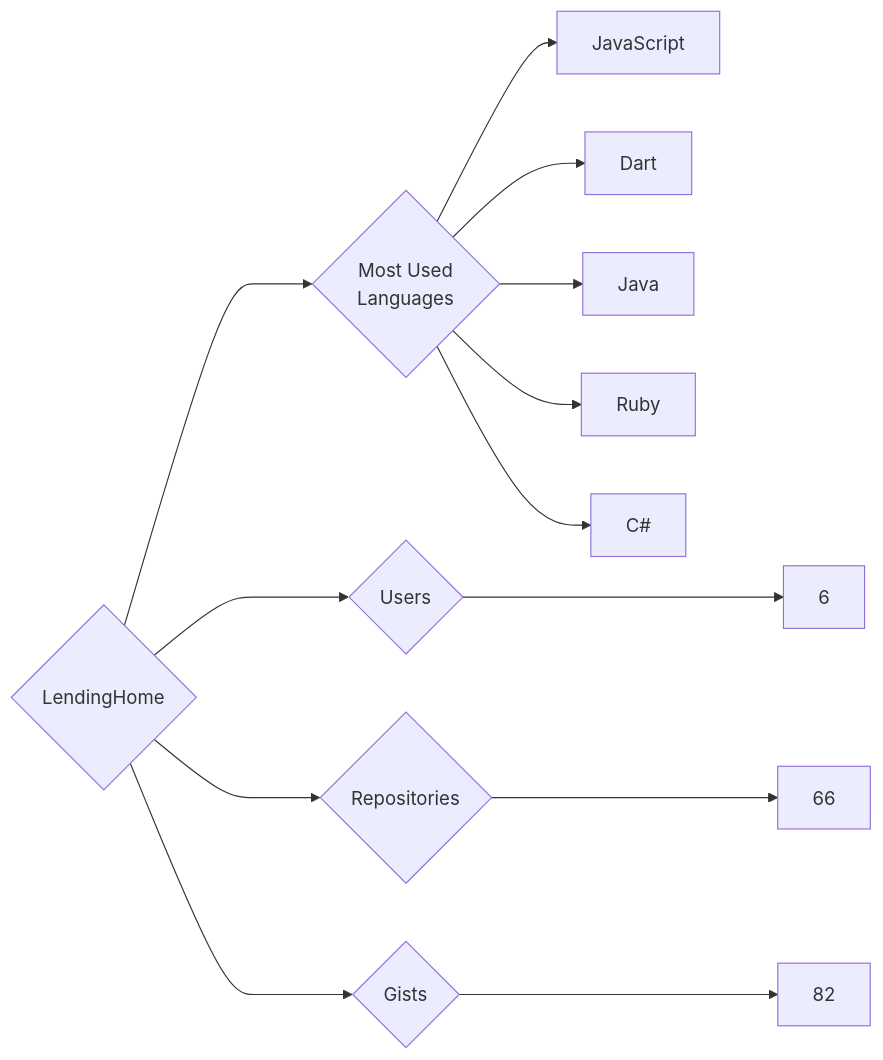
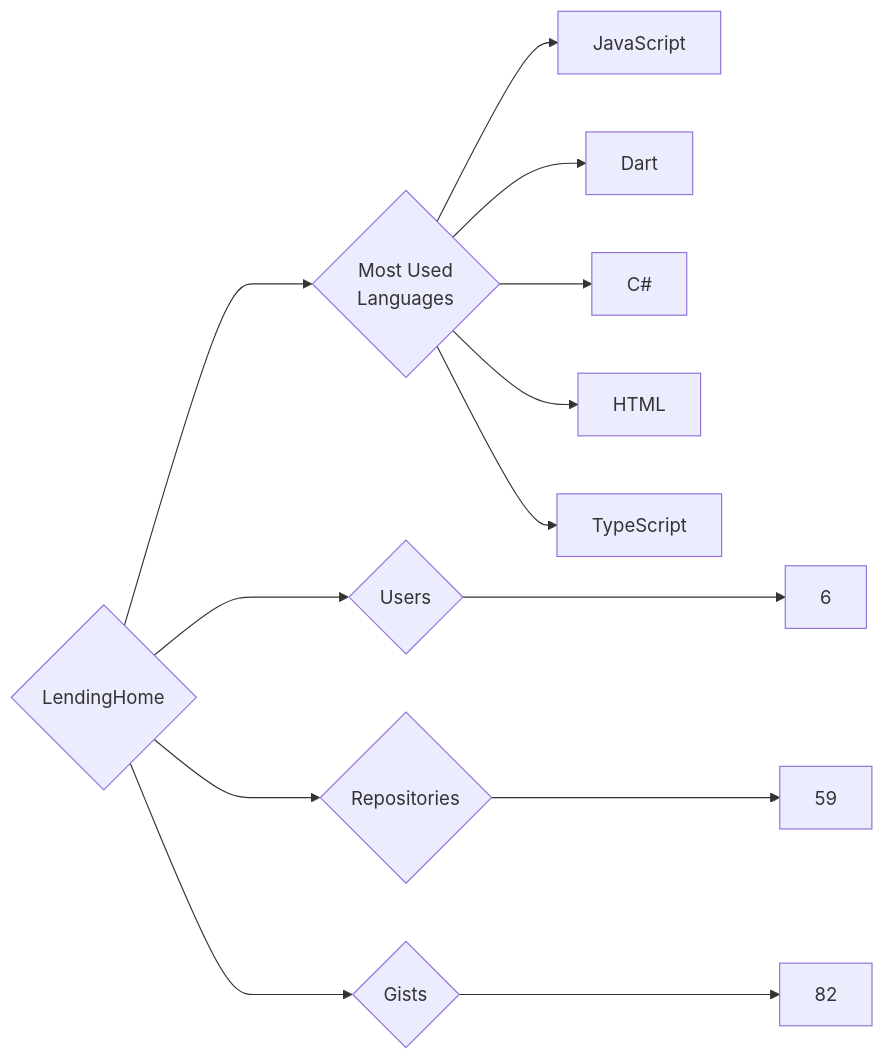
Before and after one commit to trickest/insiders: the diagram in targets/LendingHome/README.md, drawn with Mermaid. The commit also changed 682 other files, not shown here.

````diff
--- a/targets/LendingHome/README.md
+++ b/targets/LendingHome/README.md
@@ -3,13 +3,13 @@
 ```mermaid
 graph LR
 COMPANY_NAME{LendingHome}
 COMPANY_NAME ---> U{Users} ---> UN[6]
-COMPANY_NAME ---> R{Repositories} ---> RN[66]
+COMPANY_NAME ---> R{Repositories} ---> RN[59]
 COMPANY_NAME ---> G{Gists} ---> GN[82]
 COMPANY_NAME ---> ML{Most Used<br>Languages}
 ML --> JavaScript[JavaScript]
 ML --> Dart[Dart]
-ML --> Java[Java]
-ML --> Ruby[Ruby]
 ML --> C#[C#]
+ML --> HTML[HTML]
+ML --> TypeScript[TypeScript]
 ```
````
